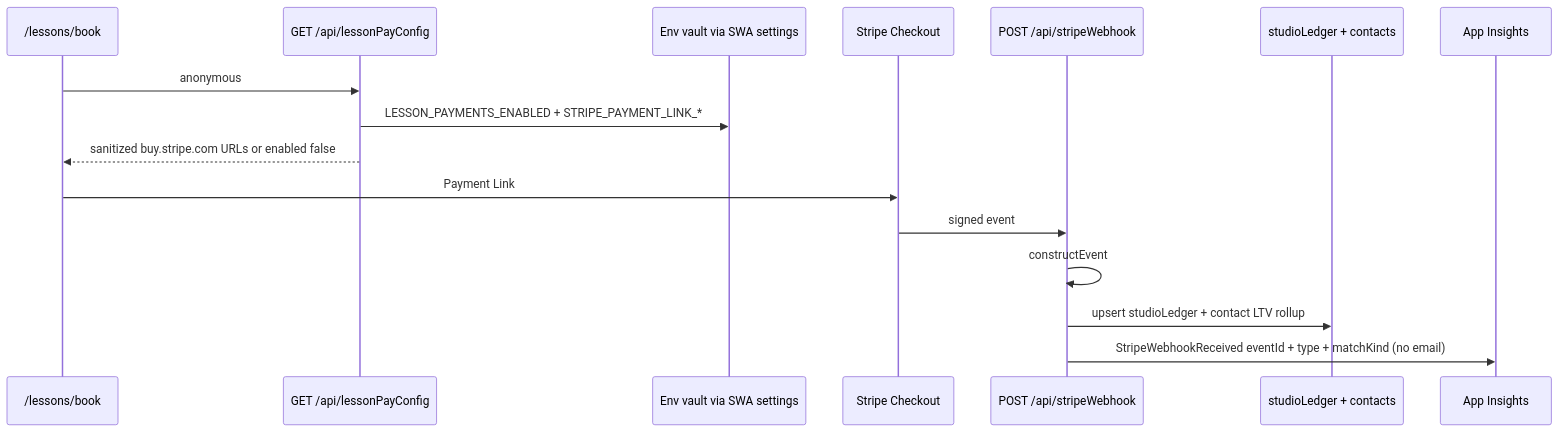
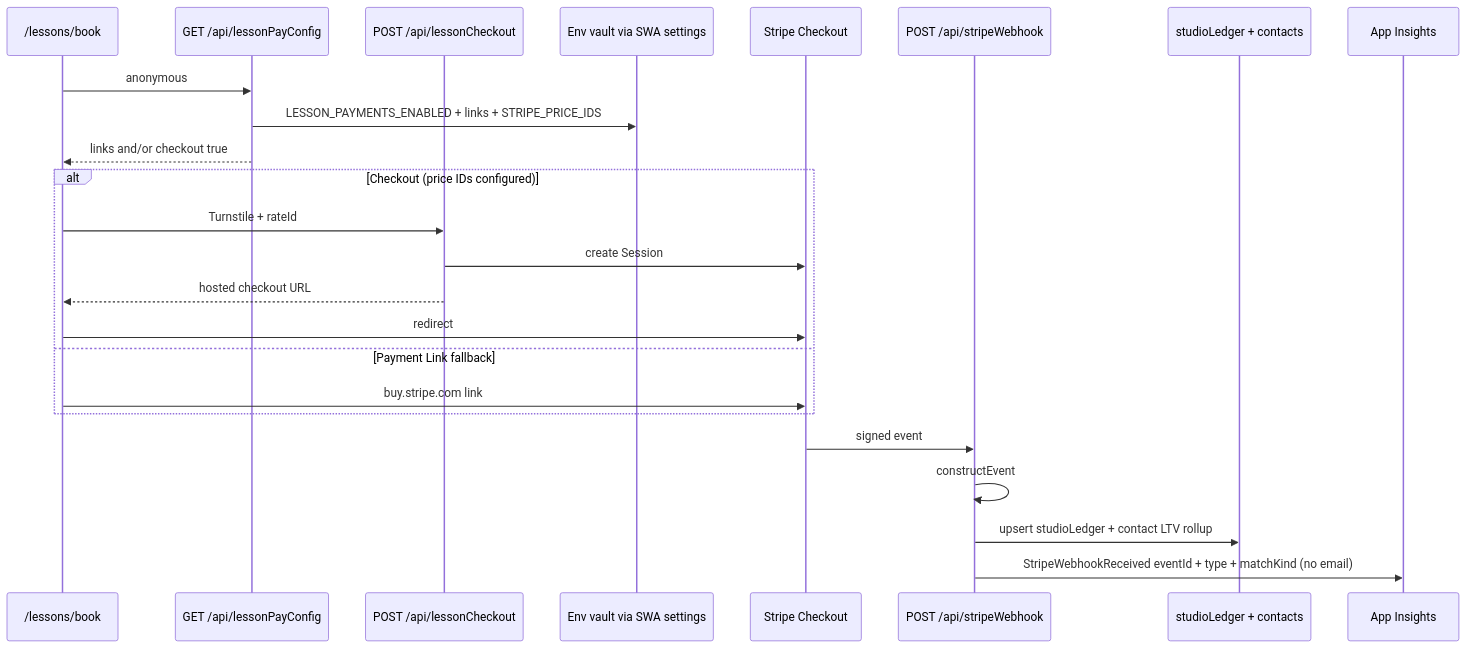
One commit to jefftindall/broadway-portfolio changed the sixth of 7 diagrams in docs/architecture/data-persistence.md. Above: the diagram before and after it, drawn with Mermaid. The commit also changed other lines of this file and 19 other files, not shown here.

First line of the commit message:
Lesson payments ops runbook and Checkout Session API (#148)

````diff
--- a/docs/architecture/data-persistence.md
+++ b/docs/architecture/data-persistence.md
@@ -495,19 +496,27 @@
 ```mermaid
 sequenceDiagram
   participant Book as /lessons/book
-  participant API as GET /api/lessonPayConfig
+  participant Config as GET /api/lessonPayConfig
+  participant Checkout as POST /api/lessonCheckout
   participant KV as Env vault via SWA settings
   participant Stripe as Stripe Checkout
   participant Hook as POST /api/stripeWebhook
   participant Tables as studioLedger + contacts
   participant AI as App Insights
 
-  Book->>API: anonymous
-  API->>KV: LESSON_PAYMENTS_ENABLED + STRIPE_PAYMENT_LINK_*
-  API-->>Book: sanitized buy.stripe.com URLs or enabled false
-  Book->>Stripe: Payment Link
+  Book->>Config: anonymous
+  Config->>KV: LESSON_PAYMENTS_ENABLED + links + STRIPE_PRICE_IDS
+  Config-->>Book: links and/or checkout true
+  alt Checkout (price IDs configured)
+    Book->>Checkout: Turnstile + rateId
+    Checkout->>Stripe: create Session
+    Checkout-->>Book: hosted checkout URL
+    Book->>Stripe: redirect
+  else Payment Link fallback
+    Book->>Stripe: buy.stripe.com link
+  end
   Stripe->>Hook: signed event
   Hook->>Hook: constructEvent
   Hook->>Tables: upsert studioLedger + contact LTV rollup
   Hook->>AI: StripeWebhookReceived eventId + type + matchKind (no email)
 ```
````
